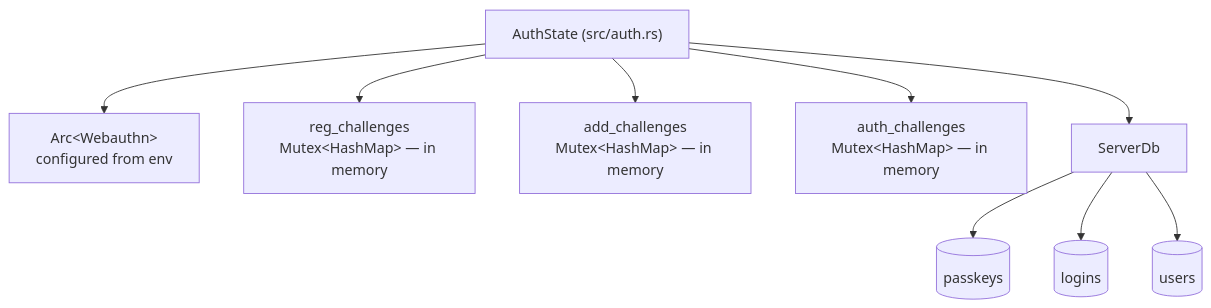
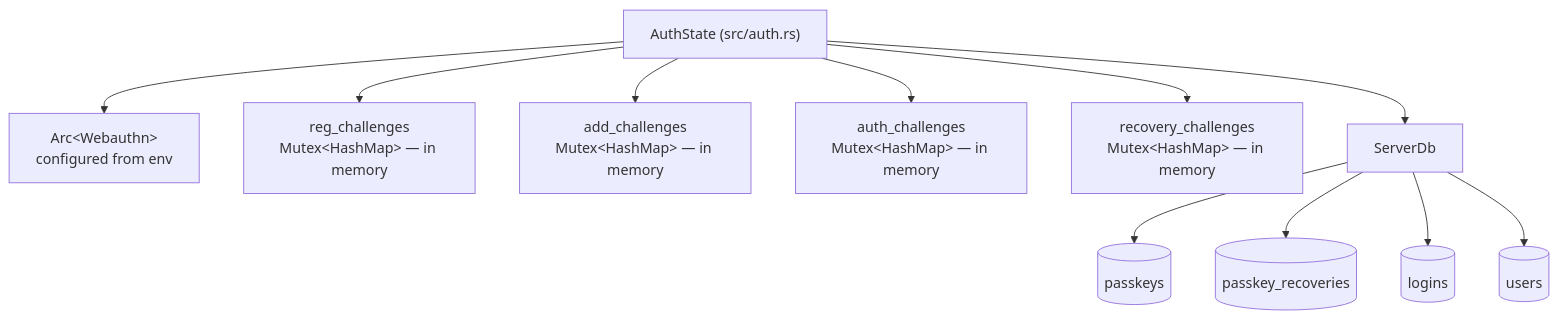
Before and after one commit to brensch/lift: the first of 5 diagrams in docs/architecture/auth.md, drawn with Mermaid. The commit also changed other lines of this file and 56 other files, not shown here.

First line of the commit message:
Passkey recovery, sign-in fixes, admin training stats, passkeys in the debug app

````diff
--- a/docs/architecture/auth.md
+++ b/docs/architecture/auth.md
@@ -9,12 +11,14 @@
 ```mermaid
 graph TD
     AS["AuthState (src/auth.rs)"]
     AS --> wa["Arc&lt;Webauthn&gt;<br/>configured from env"]
     AS --> rc["reg_challenges<br/>Mutex&lt;HashMap&gt; — in memory"]
     AS --> adc["add_challenges<br/>Mutex&lt;HashMap&gt; — in memory"]
     AS --> ac["auth_challenges<br/>Mutex&lt;HashMap&gt; — in memory"]
+    AS --> rec["recovery_challenges<br/>Mutex&lt;HashMap&gt; — in memory"]
     AS --> db["ServerDb"]
     db --> pc[("passkeys")]
+    db --> pr[("passkey_recoveries")]
     db --> se[("logins")]
     db --> uc[("users")]
 ```
````
